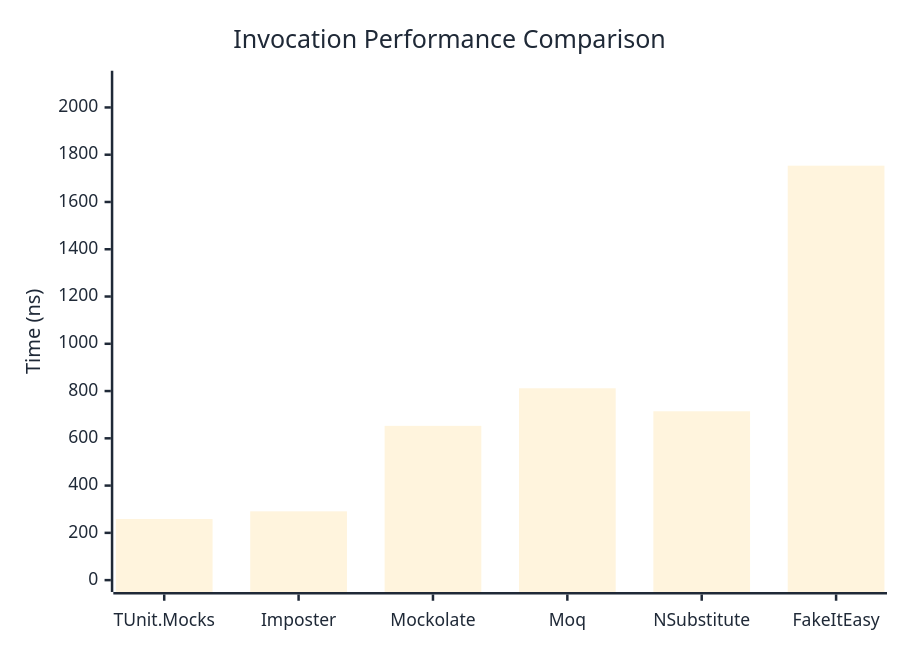
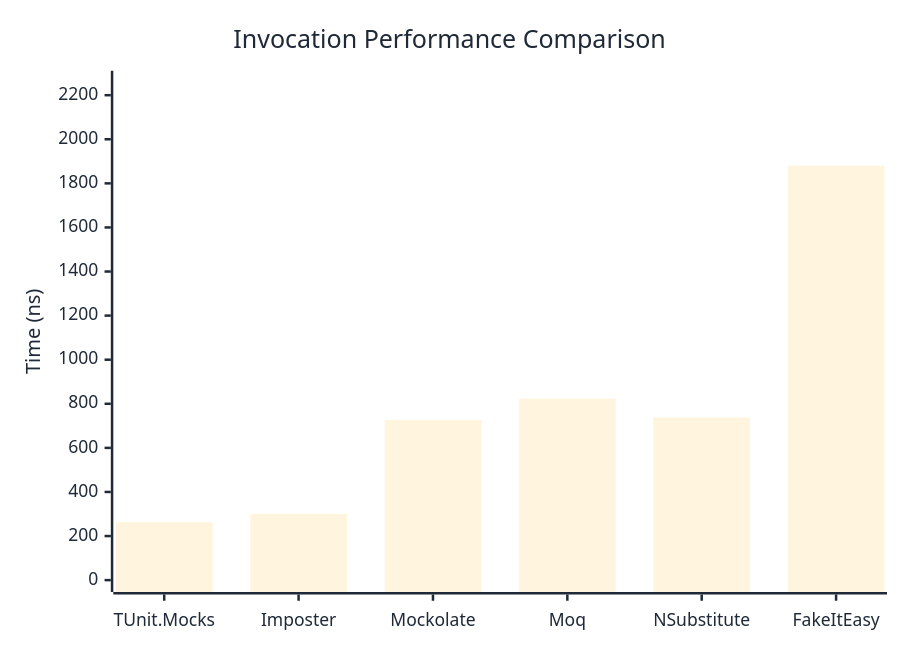
The first of 3 diagrams in docs/docs/benchmarks/mocks/Invocation.md (thomhurst/TUnit), drawn with Mermaid before and after one commit. The commit also changed other lines of this file and 14 other files, not shown here.

````diff
--- a/docs/docs/benchmarks/mocks/Invocation.md
+++ b/docs/docs/benchmarks/mocks/Invocation.md
@@ -28,27 +28,27 @@
 ```mermaid
 %%{init: {
   'theme':'base',
   'themeVariables': {
     'primaryColor': '#2563eb',
     'primaryTextColor': '#1f2937',
     'primaryBorderColor': '#1e40af',
     'lineColor': '#6b7280',
     'secondaryColor': '#7c3aed',
     'tertiaryColor': '#dc2626',
     'background': '#ffffff',
     'pie1': '#2563eb',
     'pie2': '#7c3aed',
     'pie3': '#dc2626',
     'pie4': '#f59e0b',
     'pie5': '#10b981',
     'pie6': '#06b6d4',
     'pie7': '#ec4899',
     'pie8': '#6366f1'
   }
 }}%%
 xychart-beta
   title "Invocation Performance Comparison"
   x-axis ["TUnit.Mocks", "Imposter", "Mockolate", "Moq", "NSubstitute", "FakeItEasy"]
-  y-axis "Time (ns)" 0 --> 2105
-  bar [258.5, 291.1, 652.8, 811.7, 714.4, 1753.6]
+  y-axis "Time (ns)" 0 --> 2257
+  bar [263.1, 300.6, 726.9, 823.1, 738, 1880.1]
 ```
````
